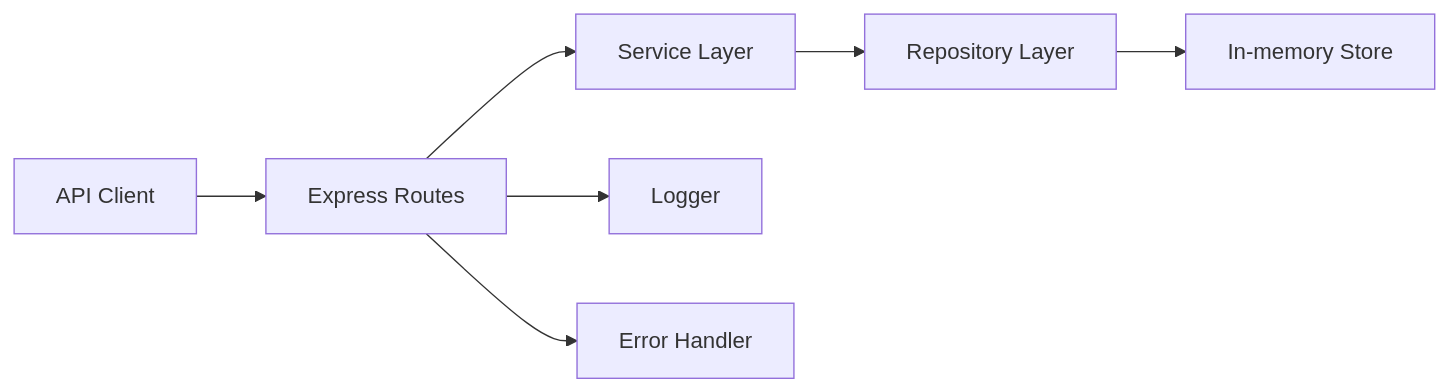
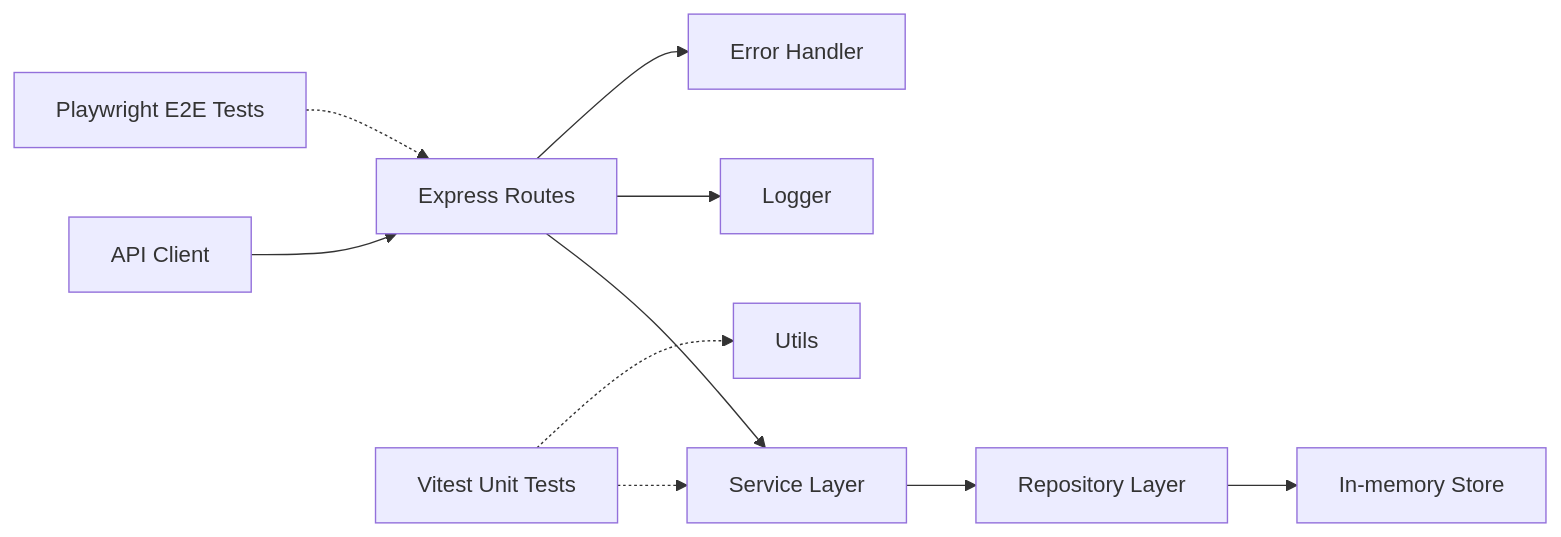
The diagram in .agents/ADD.md (AlbertoBasaloAcademy/astro-bookings-demo), drawn with Mermaid before and after one commit. The commit also changed other lines of this file and 9 other files, not shown here.

Commit message:
chore(test): add Vitest, colocated unit tests, and docs

````diff
--- a/.agents/ADD.md
+++ b/.agents/ADD.md
@@ -36,9 +37,12 @@
 ```mermaid
 flowchart LR
   Client[API Client] --> API[Express Routes]
   API --> Service[Service Layer]
   Service --> Repo[Repository Layer]
   Repo --> Store[In-memory Store]
   API --> Logger[Logger]
   API --> Error[Error Handler]
+  E2E[Playwright E2E Tests] -.-> API
+  Unit[Vitest Unit Tests] -.-> Service
+  Unit -.-> Utils[Utils]
 ```
````
